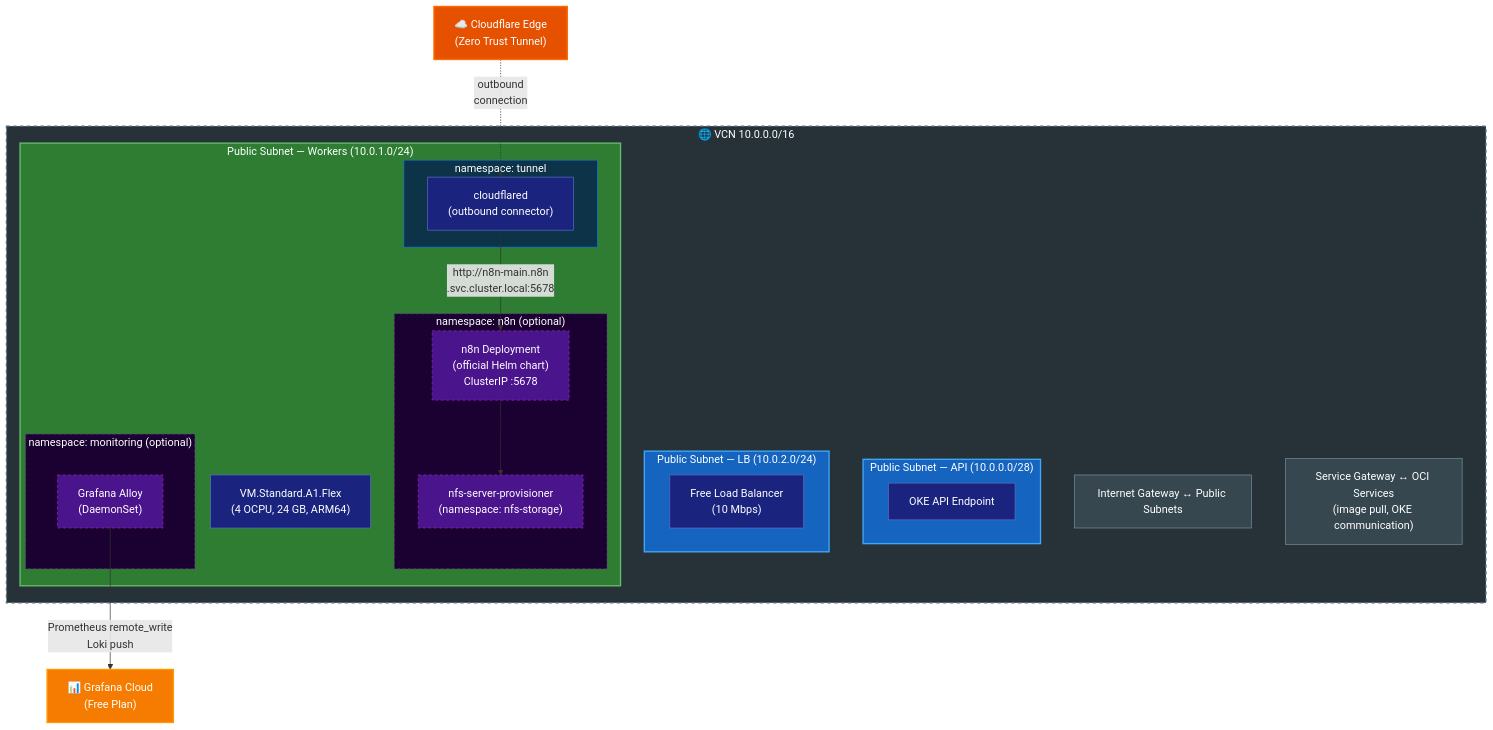
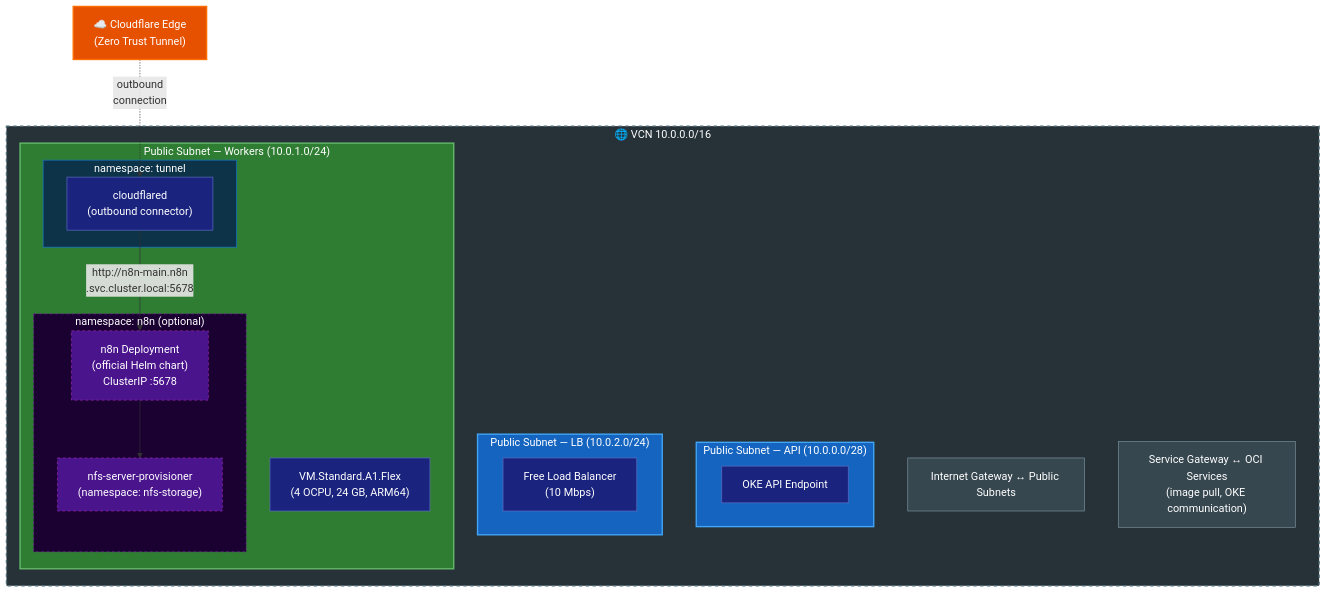
The diagram in README.md (Kouni/terraform-oci-oke-alwaysfree), drawn with Mermaid before and after one commit. The commit also changed other lines of this file and 4 other files, not shown here.

````diff
--- a/README.md
+++ b/README.md
@@ -7,60 +7,51 @@
 ```mermaid
 graph TB
     CF["☁️ Cloudflare Edge<br/>(Zero Trust Tunnel)"]
-    GRAFANA["📊 Grafana Cloud<br/>(Free Plan)"]
 
     subgraph VCN["🌐 VCN 10.0.0.0/16"]
         subgraph SUB_API["Public Subnet — API (10.0.0.0/28)"]
             API["OKE API Endpoint"]
         end
 
         subgraph SUB_LB["Public Subnet — LB (10.0.2.0/24)"]
             LB["Free Load Balancer<br/>(10 Mbps)"]
         end
 
         subgraph SUB_WORKER["Public Subnet — Workers (10.0.1.0/24)"]
             WORKER["VM.Standard.A1.Flex<br/>(4 OCPU, 24 GB, ARM64)"]
 
             subgraph NS_TUNNEL["namespace: tunnel"]
                 CFD["cloudflared<br/>(outbound connector)"]
             end
 
             subgraph NS_N8N["namespace: n8n (optional)"]
                 N8N["n8n Deployment<br/>(official Helm chart)<br/>ClusterIP :5678"]
                 NFS["nfs-server-provisioner<br/>(namespace: nfs-storage)"]
                 N8N --> NFS
             end
-
-            subgraph NS_MON["namespace: monitoring (optional)"]
-                ALLOY["Grafana Alloy<br/>(DaemonSet)"]
-            end
         end
 
         IGW["Internet Gateway ↔ Public Subnets"]
         SGW["Service Gateway ↔ OCI Services<br/>(image pull, OKE communication)"]
     end
 
     CF -.->|"outbound<br/>connection"| CFD
     CFD -->|"http://n8n-main.n8n<br/>.svc.cluster.local:5678"| N8N
-    ALLOY -->|"Prometheus remote_write<br/>Loki push"| GRAFANA
 
     classDef cf fill:#e65100,color:#fff,stroke:#ff6d00,stroke-width:2px
     classDef node_box fill:#1a237e,color:#fff,stroke:#5c6bc0,stroke-width:1px
     classDef gw fill:#37474f,color:#fff,stroke:#78909c,stroke-width:1px
     classDef optional fill:#4a148c,color:#fff,stroke:#9c27b0,stroke-width:1px,stroke-dasharray:4 4
-    classDef grafana fill:#f57c00,color:#fff,stroke:#ff9800,stroke-width:2px
 
     class CF cf
     class API,LB,WORKER,CFD node_box
     class IGW,SGW gw
-    class N8N,NFS,ALLOY optional
-    class GRAFANA grafana
+    class N8N,NFS optional
 
     style VCN fill:#263238,color:#fff,stroke:#546e7a,stroke-width:2px,stroke-dasharray:5 5
     style SUB_API fill:#1565c0,color:#fff,stroke:#42a5f5,stroke-width:2px
     style SUB_LB fill:#1565c0,color:#fff,stroke:#42a5f5,stroke-width:2px
     style SUB_WORKER fill:#2e7d32,color:#fff,stroke:#66bb6a,stroke-width:2px
     style NS_TUNNEL fill:#0d3349,color:#fff,stroke:#1976d2,stroke-width:1px
     style NS_N8N fill:#1b0032,color:#fff,stroke:#7b1fa2,stroke-width:1px,stroke-dasharray:4 4
-    style NS_MON fill:#1b0032,color:#fff,stroke:#7b1fa2,stroke-width:1px,stroke-dasharray:4 4
 ```
````
